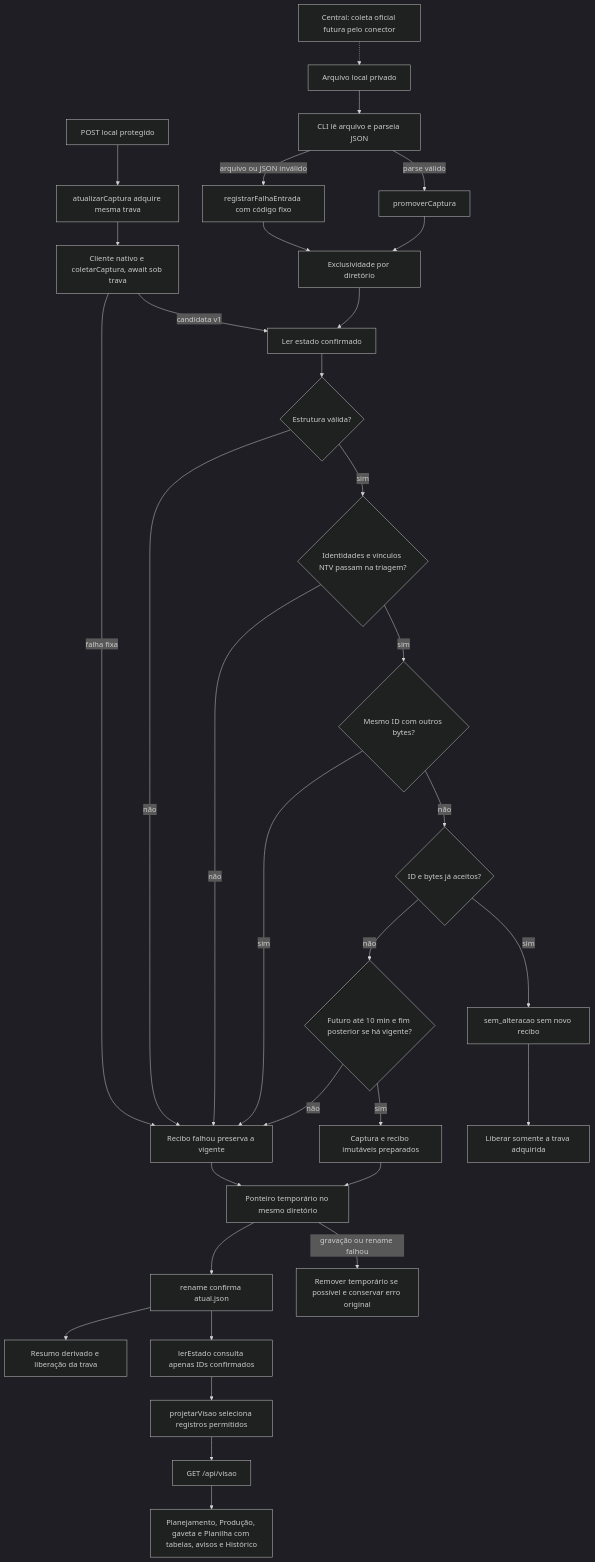
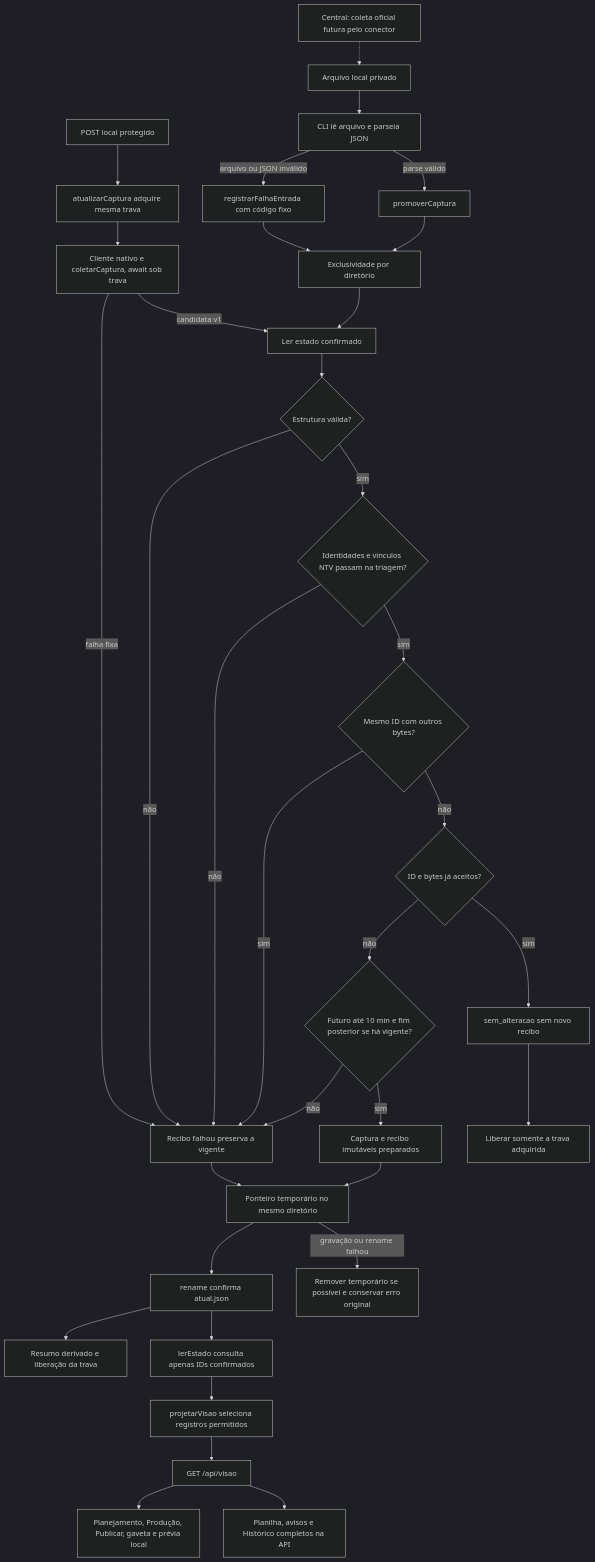
One commit to Browsher/crm-social changed the second of 5 diagrams in docs/architecture.md. Above: the diagram before and after it, drawn with Mermaid (dark theme). The commit also changed other lines of this file and 21 other files, not shown here.

````diff
--- a/docs/architecture.md
+++ b/docs/architecture.md
@@ -117,35 +125,36 @@
 ```mermaid
 flowchart TD
   Central["Central: coleta oficial futura pelo conector"] -.-> JSON[Arquivo local privado]
   JSON --> CLI[CLI lê arquivo e parseia JSON]
   CLI -->|arquivo ou JSON inválido| Falha[registrarFalhaEntrada com código fixo]
   CLI -->|parse válido| Promover[promoverCaptura]
   Falha --> Lock[Exclusividade por diretório]
   Promover --> Lock
   Botao[POST local protegido] --> Atualizar[atualizarCaptura adquire mesma trava]
   Atualizar --> Remota[Cliente nativo e coletarCaptura, await sob trava]
   Remota -->|candidata v1| Estado
   Remota -->|falha fixa| Rejeitar
   Lock --> Estado[Ler estado confirmado]
   Estado --> Validar{Estrutura válida?}
   Validar -->|não| Rejeitar[Recibo falhou preserva a vigente]
   Validar -->|sim| Identidades{Identidades e vínculos NTV passam na triagem?}
   Identidades -->|não| Rejeitar
   Identidades -->|sim| Conflito{Mesmo ID com outros bytes?}
   Conflito -->|sim| Rejeitar
   Conflito -->|não| Aceita{ID e bytes já aceitos?}
   Aceita -->|sim| NoOp[sem_alteracao sem novo recibo]
   Aceita -->|não| Tempo{Futuro até 10 min e fim posterior se há vigente?}
   Tempo -->|não| Rejeitar
   Tempo -->|sim| Preparar[Captura e recibo imutáveis preparados]
   Rejeitar --> Ponteiro
   Preparar --> Ponteiro[Ponteiro temporário no mesmo diretório]
   Ponteiro --> Confirmar[rename confirma atual.json]
   Ponteiro -->|gravação ou rename falhou| Limpeza[Remover temporário se possível e conservar erro original]
   Confirmar --> Cache[Resumo derivado e liberação da trava]
   NoOp --> Liberar[Liberar somente a trava adquirida]
   Confirmar --> Ler[lerEstado consulta apenas IDs confirmados]
   Ler --> Projetar[projetarVisao seleciona registros permitidos]
   Projetar --> API[GET /api/visao]
-  API --> UI[Planejamento, Produção, gaveta e Planilha com tabelas, avisos e Histórico]
+  API --> UI[Planejamento, Produção, Publicar, gaveta e prévia local]
+  API --> Tecnicos[Planilha, avisos e Histórico completos na API]
 ```
````
